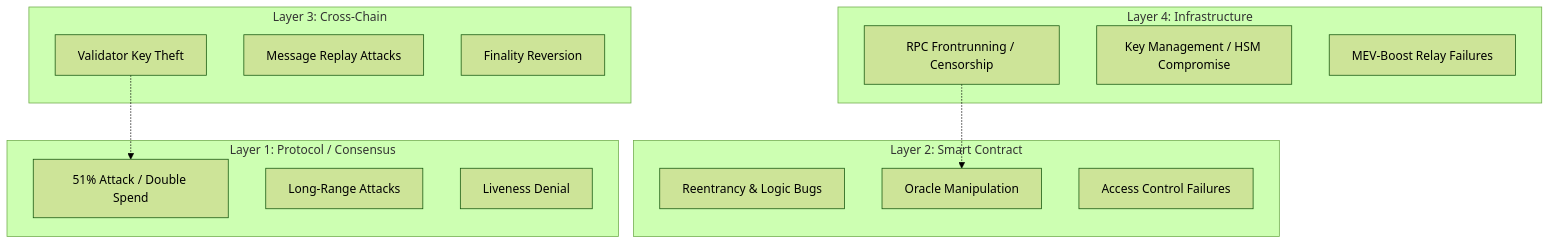
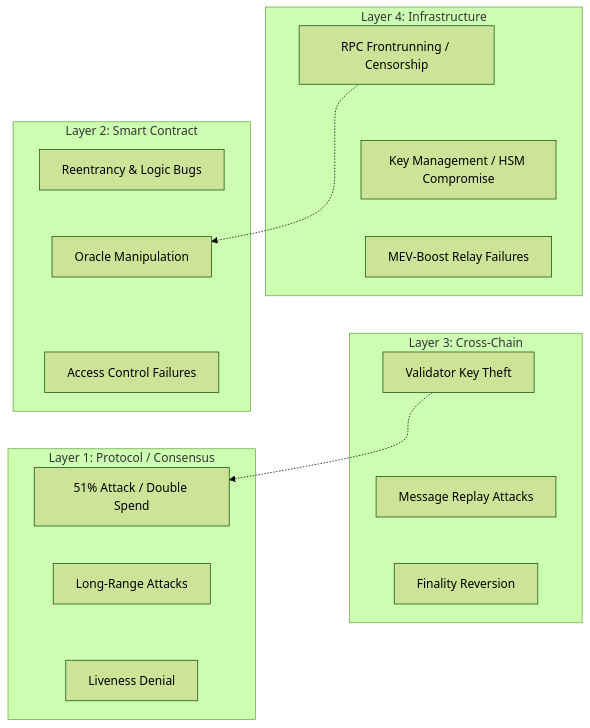
Before and after one commit to j4flmao/agent-skills: the diagram in docs/engineering/blockchain/security-model.md, drawn with Mermaid (forest theme). The commit also changed 3 other files, not shown here.

Commit message:
style: Manually configure layout topology for 4 blockchain Mermaid diagrams to ensure proper vertical stacking and prevent extreme horizontal squishing

````diff
--- a/docs/engineering/blockchain/security-model.md
+++ b/docs/engineering/blockchain/security-model.md
@@ -11,29 +11,36 @@
 ```mermaid
 graph TD
     subgraph "Layer 4: Infrastructure"
         Infra1[RPC Frontrunning / Censorship]
         Infra2[Key Management / HSM Compromise]
         Infra3[MEV-Boost Relay Failures]
+        Infra1 ~~~ Infra2 ~~~ Infra3
     end
     
     subgraph "Layer 3: Cross-Chain"
         Bridge1[Validator Key Theft]
         Bridge2[Message Replay Attacks]
         Bridge3[Finality Reversion]
+        Bridge1 ~~~ Bridge2 ~~~ Bridge3
     end
     
     subgraph "Layer 2: Smart Contract"
         SC1[Reentrancy & Logic Bugs]
         SC2[Oracle Manipulation]
         SC3[Access Control Failures]
+        SC1 ~~~ SC2 ~~~ SC3
     end
     
     subgraph "Layer 1: Protocol / Consensus"
         L1A[51% Attack / Double Spend]
         L1B[Long-Range Attacks]
         L1C[Liveness Denial]
+        L1A ~~~ L1B ~~~ L1C
     end
     
     Infra1 -.-> SC2
     Bridge1 -.-> L1A
+    
+    Infra3 ~~~ Bridge1
+    SC3 ~~~ L1A
 ```
````
